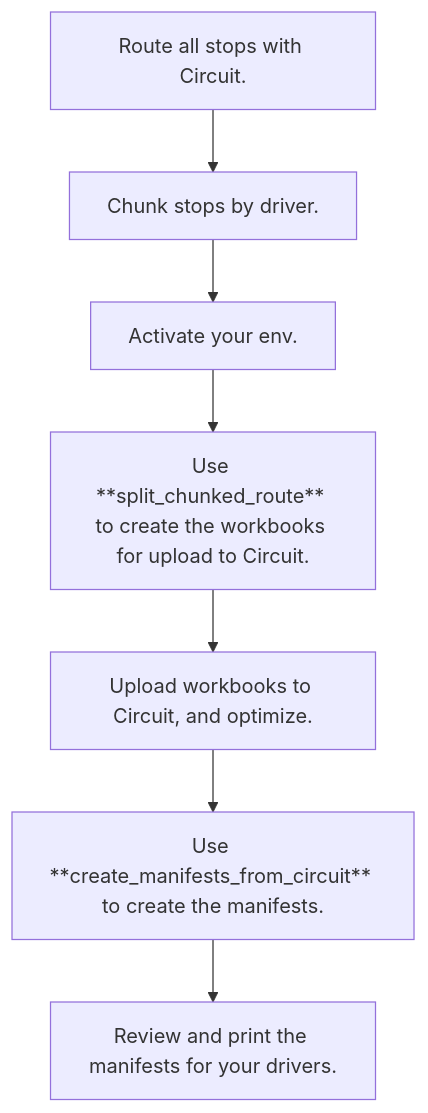
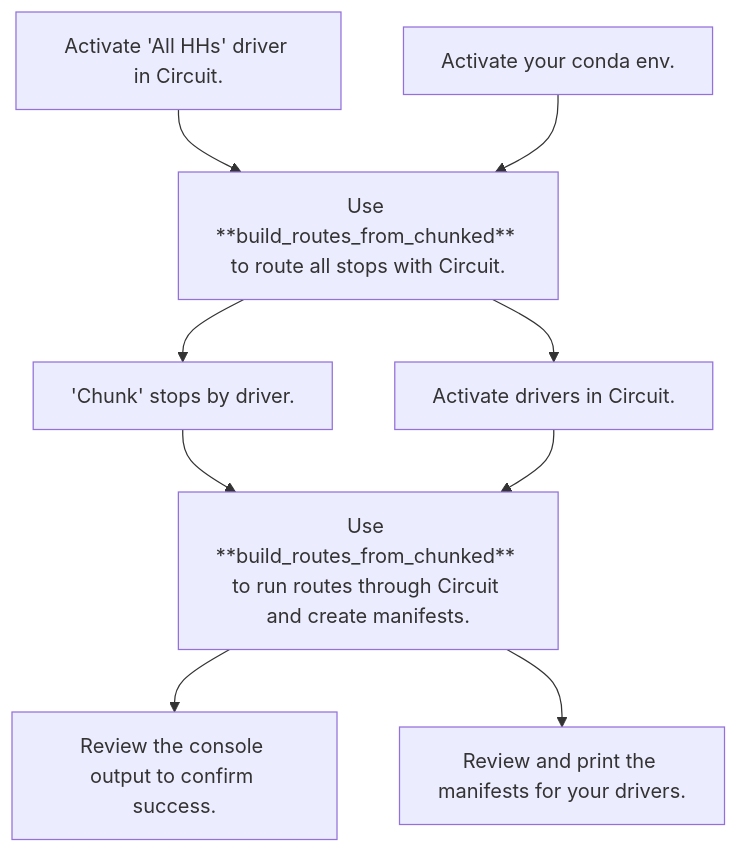
One commit to crickets-and-comb/bfb_delivery changed the diagram in docs/workflow.rst. Above: the diagram before and after it, drawn with Mermaid. The commit also changed other lines of this file and 35 other files, not shown here.

First line of the commit message:
Feature/kaleb coberly/upload routes (#27)

```diff
--- a/docs/workflow.rst
+++ b/docs/workflow.rst
@@ -7,10 +7,14 @@
 .. mermaid::
    :caption: Delivery Planning Workflow
 
    graph TD;
-       get_long_route[Route all stops with Circuit.] --> chunk["Chunk" stops by driver.];
-       chunk --> activate_env[Activate your env.];
-       activate_env --> split_chunked_route[Use **split_chunked_route** to create the workbooks for upload to Circuit.];
-       split_chunked_route --> upload[Upload workbooks to Circuit, and optimize.];
-       upload --> make_manifests[Use **create_manifests_from_circuit** to create the manifests.];
-       make_manifests --> print[Review and print the manifests for your drivers.];
+       activate_all_hhs_driver["Activate 'All HHs' driver in Circuit."];
+       activate_env[Activate your conda env.];
+       activate_all_hhs_driver --> get_long_route[Use **build_routes_from_chunked** to route all stops with Circuit.];
+       activate_env --> get_long_route;
+       get_long_route --> chunk["'Chunk' stops by driver."];
+       get_long_route --> activate_drivers[Activate drivers in Circuit.];
+       chunk --> build_routes_from_chunked[Use **build_routes_from_chunked** to run routes through Circuit and create manifests.];
+       activate_drivers --> build_routes_from_chunked;
+       build_routes_from_chunked --> review_output[Review the console output to confirm success.];
+       build_routes_from_chunked --> print[Review and print the manifests for your drivers.];
```
